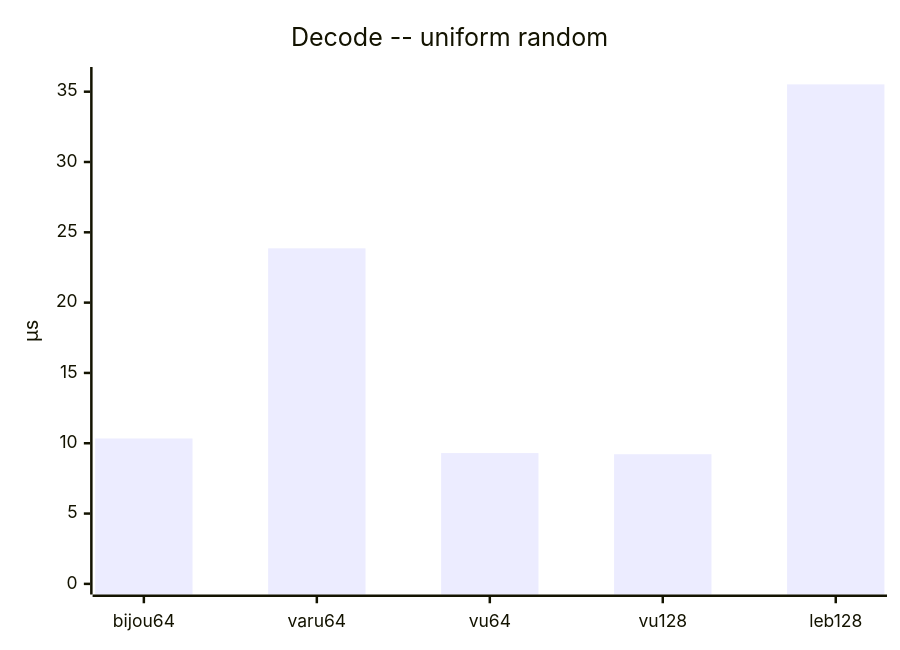
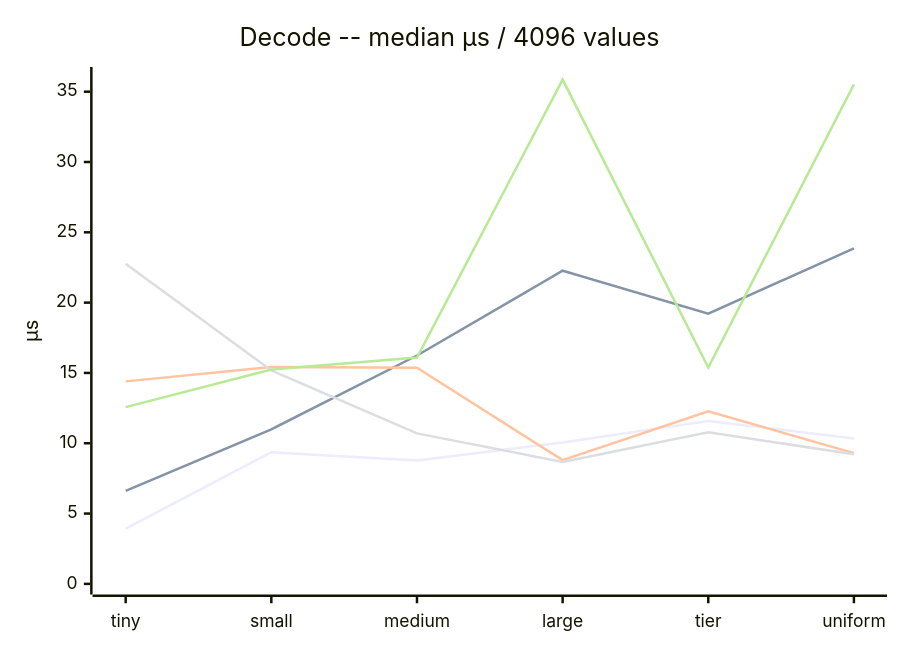
The third of 5 diagrams in bijou64/SHOOTOUT_ANALYSIS.md (inkandswitch/subduction), drawn with Mermaid before and after one commit. The commit also changed other lines of this file, not shown here.

````diff
--- a/bijou64/SHOOTOUT_ANALYSIS.md
+++ b/bijou64/SHOOTOUT_ANALYSIS.md
@@ -123,7 +85,11 @@
 ```mermaid
 xychart-beta
-    title "Decode -- uniform random"
-    x-axis ["bijou64", "varu64", "vu64", "vu128", "leb128"]
+    title "Decode -- median µs / 4096 values"
+    x-axis ["tiny", "small", "medium", "large", "tier", "uniform"]
     y-axis "µs" 0 --> 36
-    bar [10.34, 23.86, 9.30, 9.22, 35.52]
+    line [3.93, 9.36, 8.77, 10.05, 11.59, 10.34]
+    line [6.62, 10.99, 16.24, 22.27, 19.21, 23.86]
+    line [14.40, 15.43, 15.37, 8.80, 12.27, 9.30]
+    line [22.76, 15.18, 10.70, 8.67, 10.78, 9.22]
+    line [12.57, 15.24, 16.09, 35.86, 15.39, 35.52]
 ```
````
